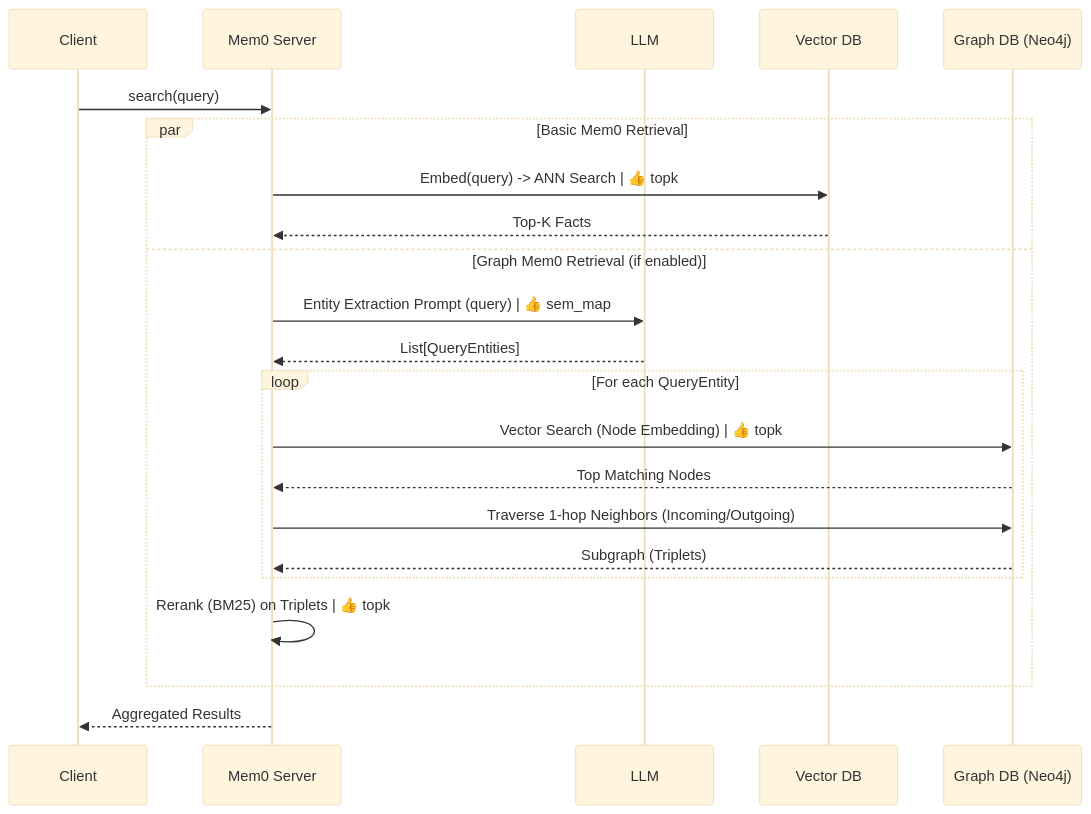
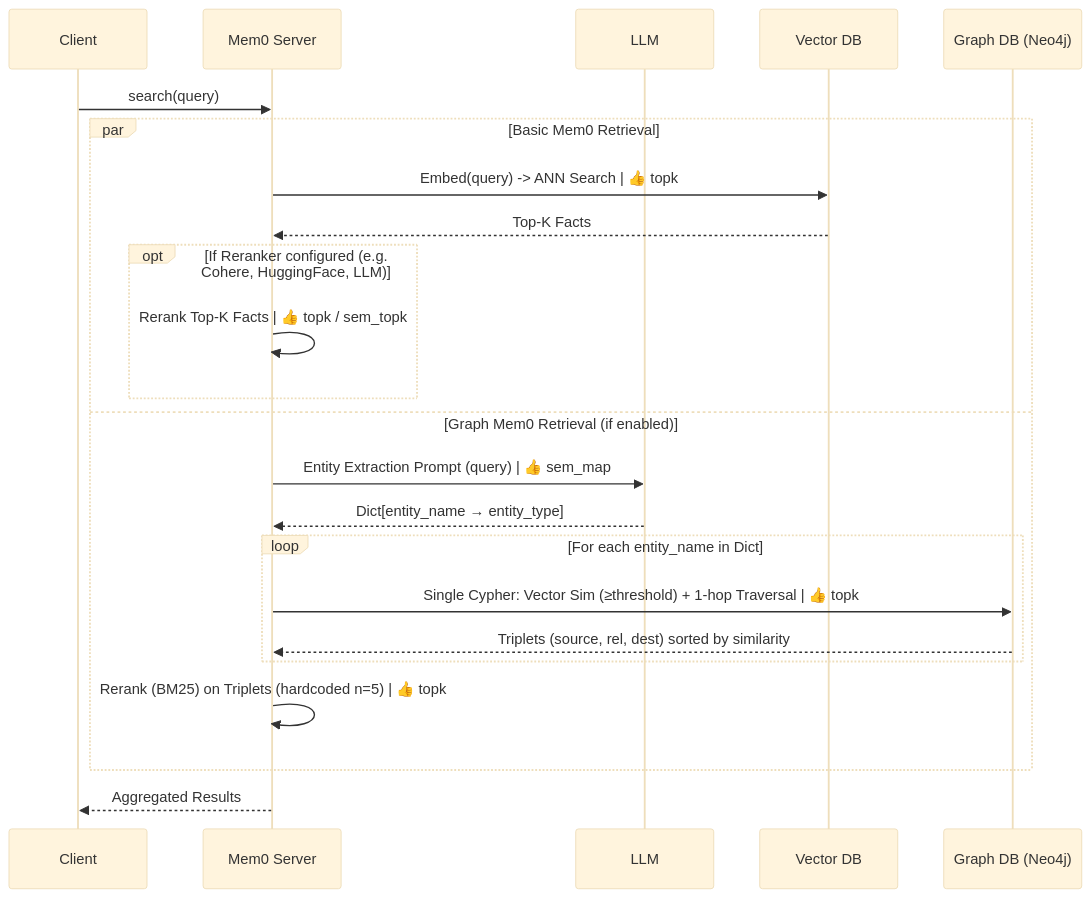
One commit to SleepyLGod/zep-graphiti changed the second of 2 diagrams in examples/neo4j_otel/data_flow_mem0.md. Above: the diagram before and after it, drawn with Mermaid (base theme). The commit also changed other lines of this file, not shown here.

First line of the commit message:
Clarifies and optimizes data flow diagrams

````diff
--- a/examples/neo4j_otel/data_flow_mem0.md
+++ b/examples/neo4j_otel/data_flow_mem0.md
@@ -50,29 +61,30 @@
 ```mermaid
 sequenceDiagram
     participant Client
     participant Server as Mem0 Server
     participant LLM
     participant VecDB as Vector DB
     participant GraphDB as Graph DB (Neo4j)
 
     Client->>Server: search(query)
 
     par Basic Mem0 Retrieval
         Server->>VecDB: Embed(query) -> ANN Search | 👍 topk
         VecDB-->>Server: Top-K Facts
+        opt If Reranker configured (e.g. Cohere, HuggingFace, LLM)
+            Server->>Server: Rerank Top-K Facts | 👍 topk / sem_topk
+        end
     and Graph Mem0 Retrieval (if enabled)
         Server->>LLM: Entity Extraction Prompt (query) | 👍 sem_map
-        LLM-->>Server: List[QueryEntities]
+        LLM-->>Server: Dict[entity_name → entity_type]
         
-        loop For each QueryEntity
-            Server->>GraphDB: Vector Search (Node Embedding) | 👍 topk
-            GraphDB-->>Server: Top Matching Nodes
-            Server->>GraphDB: Traverse 1-hop Neighbors (Incoming/Outgoing)
-            GraphDB-->>Server: Subgraph (Triplets)
+        loop For each entity_name in Dict
+            Server->>GraphDB: Single Cypher: Vector Sim (≥threshold) + 1-hop Traversal | 👍 topk
+            GraphDB-->>Server: Triplets (source, rel, dest) sorted by similarity
         end
         
-        Server->>Server: Rerank (BM25) on Triplets | 👍 topk
+        Server->>Server: Rerank (BM25) on Triplets (hardcoded n=5) | 👍 topk
     end
     
     Server-->>Client: Aggregated Results
 ```
````
